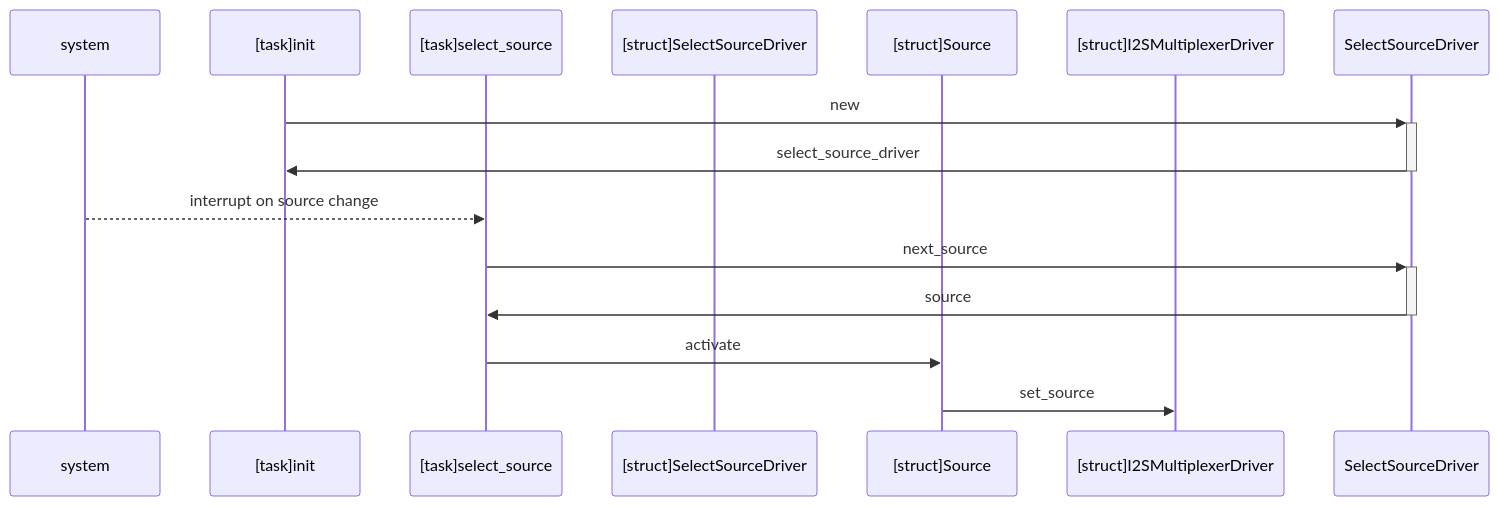
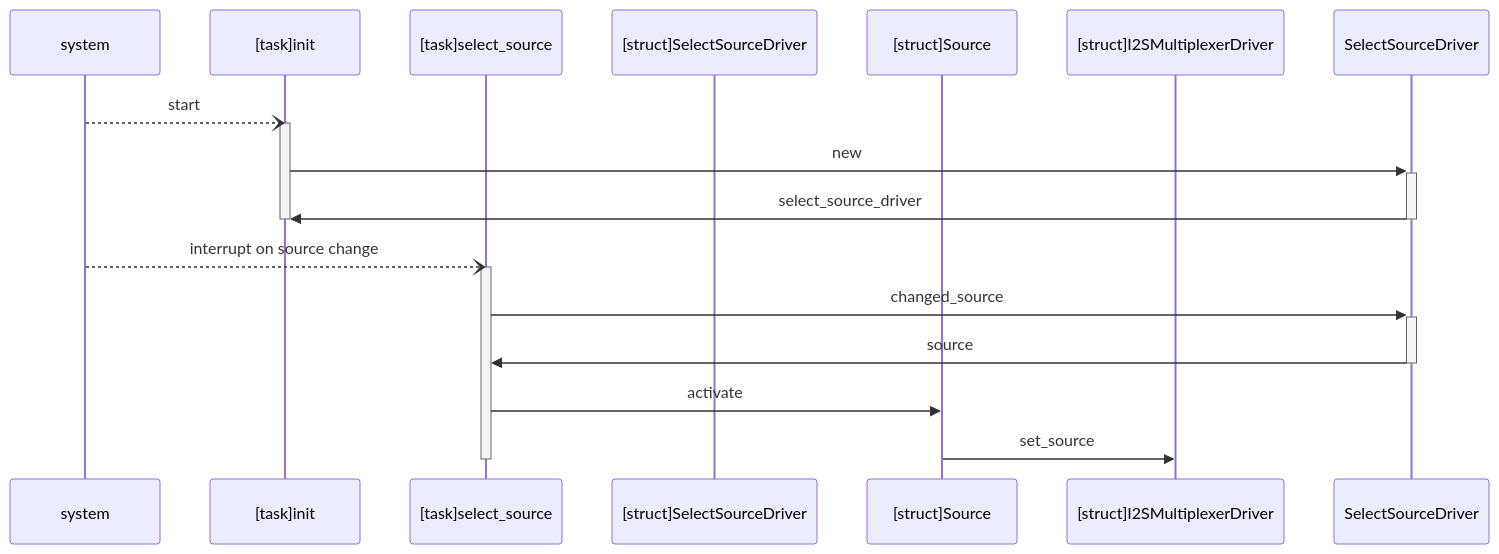
The diagram in docs/model/controller-seq/controller-seq.md (adoble/modular-audio), drawn with Mermaid before and after one commit.

````diff
--- a/docs/model/controller-seq/controller-seq.md
+++ b/docs/model/controller-seq/controller-seq.md
@@ -3,35 +3,37 @@
 ```mermaid
 
 sequenceDiagram
 
 participant system
 participant [task]init
 participant [task]select_source
 participant [struct]SelectSourceDriver
 participant [struct]Source
 participant [struct]I2SMultiplexerDriver
 
-
+system--) [task]init : start
+activate [task]init
 [task]init->>+SelectSourceDriver: new
 SelectSourceDriver->>-[task]init: select_source_driver
+deactivate [task]init
 
-system-->>[task]select_source :  interrupt on source change
-
-[task]select_source->>+SelectSourceDriver : next_source
+system--)[task]select_source :  interrupt on source change
+activate [task]select_source
+[task]select_source->>+SelectSourceDriver : changed_source
 
 SelectSourceDriver->>-[task]select_source : source
 [task]select_source->>[struct]Source : activate
 
 [struct]Source->>[struct]I2SMultiplexerDriver : set_source
 
-
+deactivate [task]select_source
 
 
 
 
 
 
 
 
 
 ```
````
